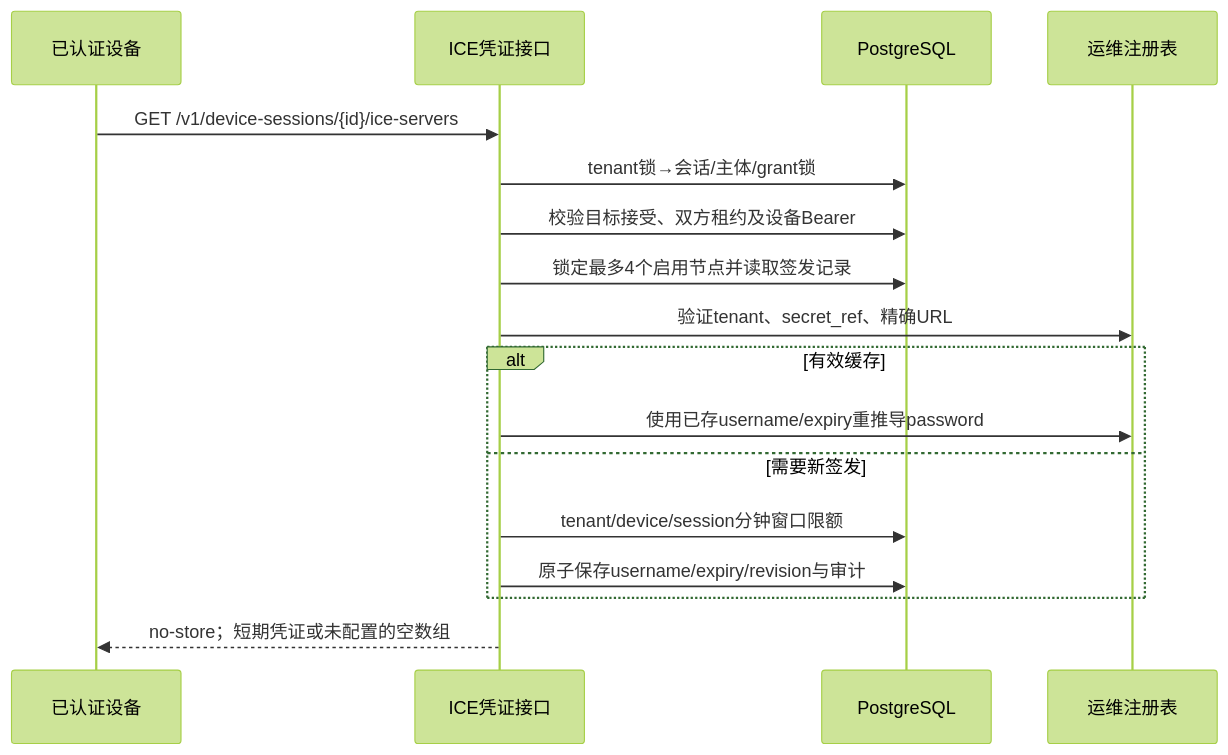
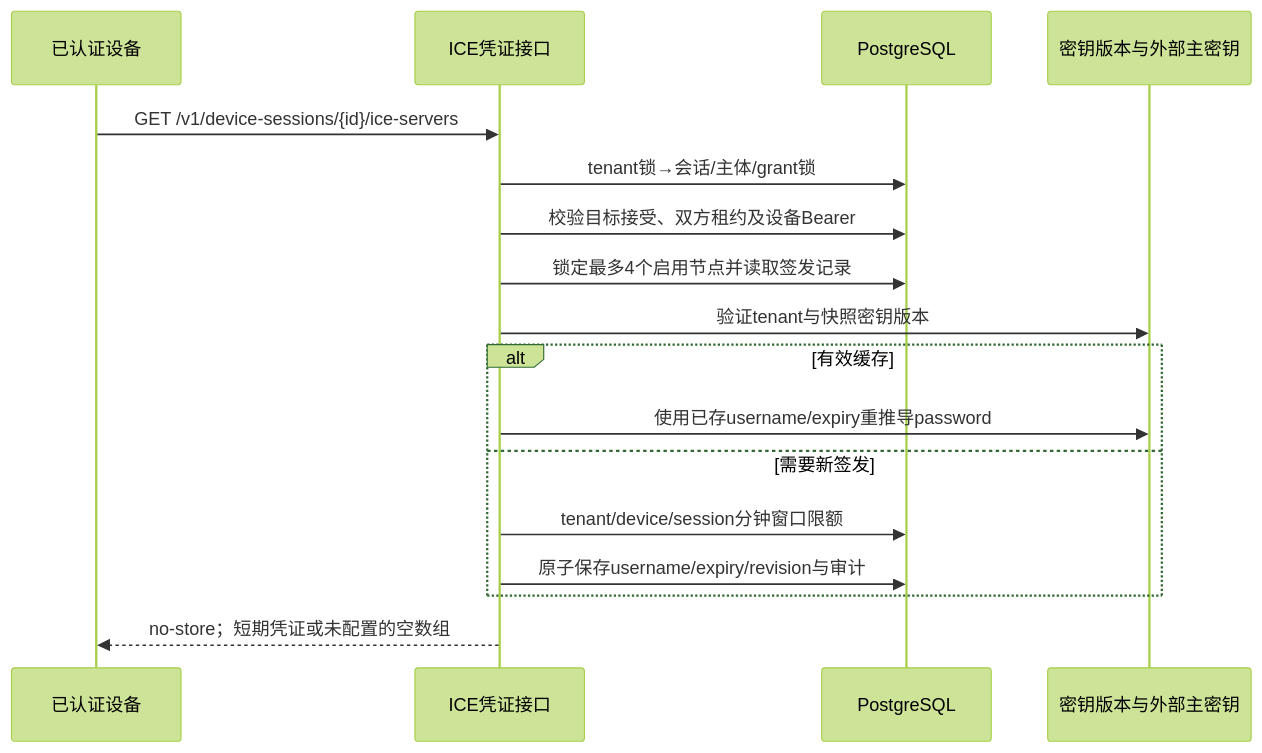
The first of 2 diagrams in docs/中继服务模块.md (barry-ran/peerloom), drawn with Mermaid (forest theme) before and after one commit. The commit also changed other lines of this file and 20 other files, not shown here.

Commit message:
build: provision isolated relay encryption key and schema 13

````diff
--- a/docs/中继服务模块.md
+++ b/docs/中继服务模块.md
@@ -9,19 +9,19 @@
 ```mermaid
 sequenceDiagram
     participant D as 已认证设备
     participant API as ICE凭证接口
     participant DB as PostgreSQL
-    participant R as 运维注册表
+    participant R as 密钥版本与外部主密钥
     D->>API: GET /v1/device-sessions/{id}/ice-servers
     API->>DB: tenant锁→会话/主体/grant锁
     API->>DB: 校验目标接受、双方租约及设备Bearer
     API->>DB: 锁定最多4个启用节点并读取签发记录
-    API->>R: 验证tenant、secret_ref、精确URL
+    API->>R: 验证tenant与快照密钥版本
     alt 有效缓存
         API->>R: 使用已存username/expiry重推导password
     else 需要新签发
         API->>DB: tenant/device/session分钟窗口限额
         API->>DB: 原子保存username/expiry/revision与审计
     end
     API-->>D: no-store；短期凭证或未配置的空数组
 ```
````
